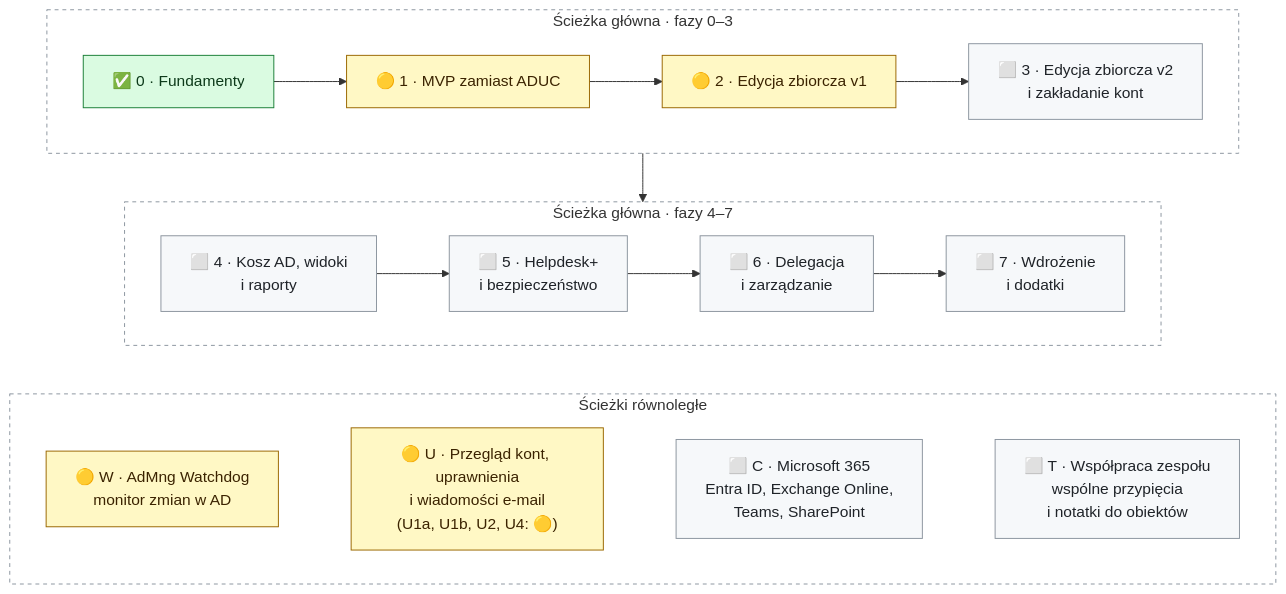
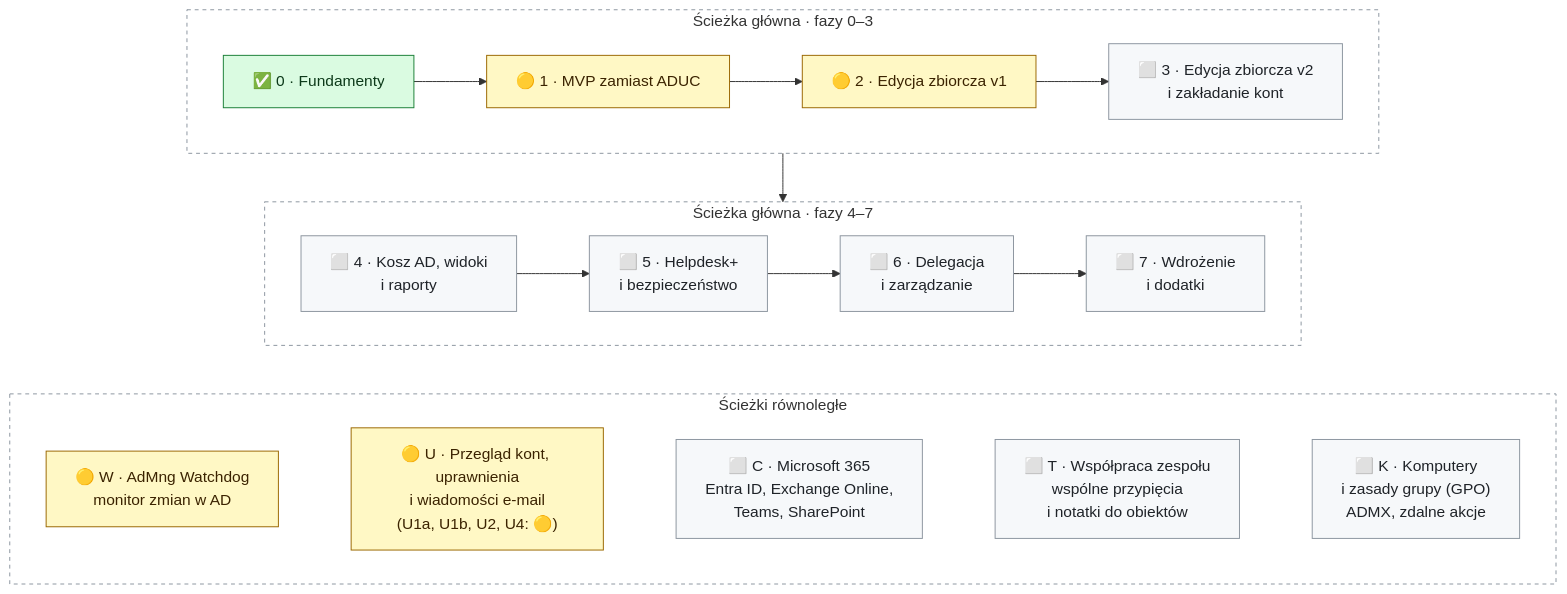
The diagram in README.md (DarienRahl/AD_MNG), drawn with Mermaid before and after one commit. The commit also changed other lines of this file and 1 other file, not shown here.

First line of the commit message:
Roadmap: track K – computers and Group Policy (GPO) with the newest ADMX templates

````diff
--- a/README.md
+++ b/README.md
@@ -177,26 +177,26 @@
 ```mermaid
 flowchart TB
     subgraph A["Ścieżka główna · fazy 0–3"]
         direction LR
         F0["✅ 0 · Fundamenty"] --> F1["🟡 1 · MVP zamiast ADUC"] --> F2["🟡 2 · Edycja zbiorcza v1"] --> F3["⬜ 3 · Edycja zbiorcza v2<br/>i zakładanie kont"]
     end
     subgraph B["Ścieżka główna · fazy 4–7"]
         direction LR
         F4["⬜ 4 · Kosz AD, widoki<br/>i raporty"] --> F5["⬜ 5 · Helpdesk+<br/>i bezpieczeństwo"] --> F6["⬜ 6 · Delegacja<br/>i zarządzanie"] --> F7["⬜ 7 · Wdrożenie<br/>i dodatki"]
     end
     subgraph C["Ścieżki równoległe"]
         direction LR
-        W["🟡 W · AdMng Watchdog<br/>monitor zmian w AD"] ~~~ U["🟡 U · Przegląd kont, uprawnienia<br/>i wiadomości e-mail<br/>(U1a, U1b, U2, U4: 🟡)"] ~~~ M365["⬜ C · Microsoft 365<br/>Entra ID, Exchange Online,<br/>Teams, SharePoint"] ~~~ TEAM["⬜ T · Współpraca zespołu<br/>wspólne przypięcia<br/>i notatki do obiektów"]
+        W["🟡 W · AdMng Watchdog<br/>monitor zmian w AD"] ~~~ U["🟡 U · Przegląd kont, uprawnienia<br/>i wiadomości e-mail<br/>(U1a, U1b, U2, U4: 🟡)"] ~~~ M365["⬜ C · Microsoft 365<br/>Entra ID, Exchange Online,<br/>Teams, SharePoint"] ~~~ TEAM["⬜ T · Współpraca zespołu<br/>wspólne przypięcia<br/>i notatki do obiektów"] ~~~ K["⬜ K · Komputery<br/>i zasady grupy (GPO)<br/>ADMX, zdalne akcje"]
     end
     A --> B
     B ~~~ C
     classDef done fill:#dafbe1,stroke:#1a7f37,color:#0d3a1a
     classDef wip fill:#fff8c5,stroke:#9a6700,color:#3b2300
     classDef todo fill:#f6f8fa,stroke:#8c959f,color:#1f2328
     class F0 done
     class F1,F2,W,U wip
-    class F3,F4,F5,F6,F7,M365,TEAM todo
+    class F3,F4,F5,F6,F7,M365,TEAM,K todo
     style A fill:transparent,stroke:#8c959f,stroke-dasharray:4 4
     style B fill:transparent,stroke:#8c959f,stroke-dasharray:4 4
     style C fill:transparent,stroke:#8c959f,stroke-dasharray:4 4
 ```
````
